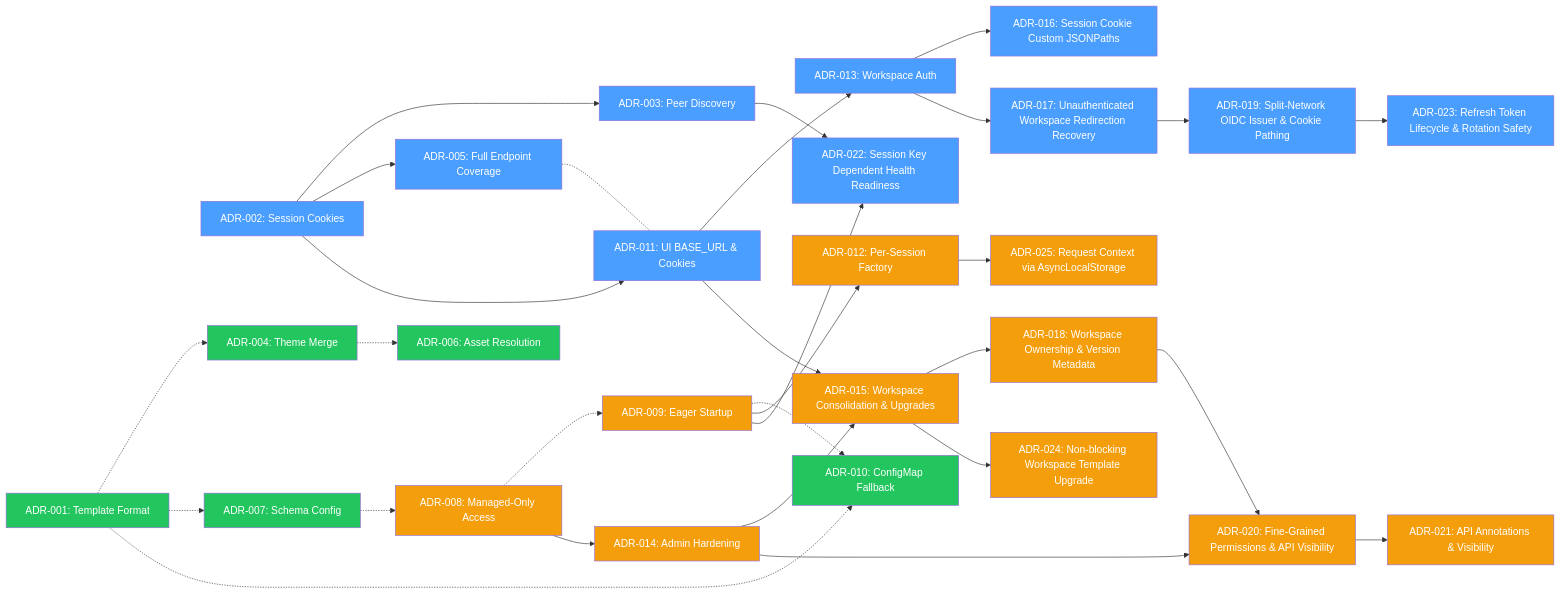
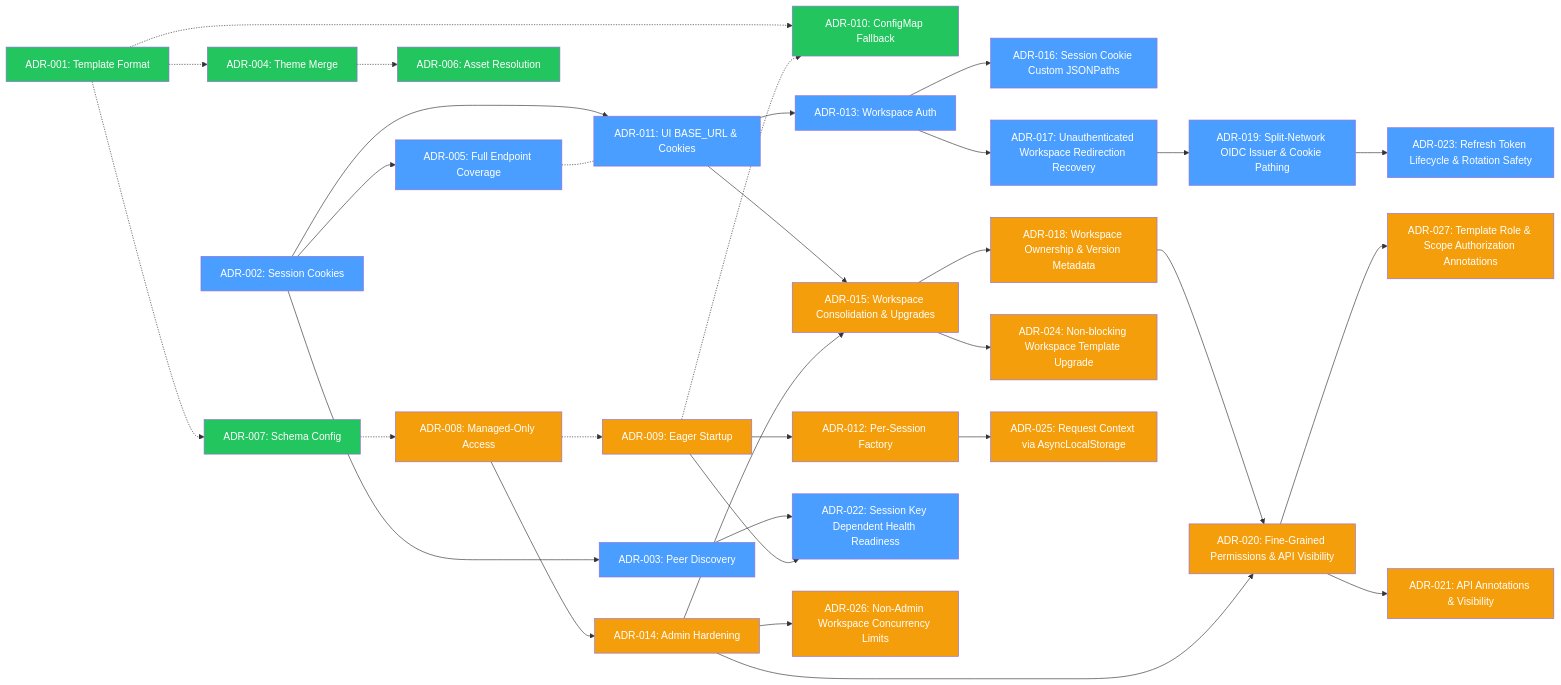
Before and after one commit to nogoo9/no-crd: the diagram in docs/decisions/index.md, drawn with Mermaid. The commit also changed other lines of this file and 38 other files, not shown here.

First line of the commit message:
feat: non-admin workspace limits, template auth annotations, and UI modularization (#42)

````diff
--- a/docs/decisions/index.md
+++ b/docs/decisions/index.md
@@ -50,56 +52,60 @@
 ```mermaid
 graph LR
     ADR002["ADR-002: Session Cookies"] --> ADR003["ADR-003: Peer Discovery"]
     ADR002 --> ADR005["ADR-005: Full Endpoint Coverage"]
     ADR001["ADR-001: Template Format"] -.-> ADR004["ADR-004: Theme Merge"]
     ADR004 -.-> ADR006["ADR-006: Asset Resolution"]
     ADR001 -.-> ADR007["ADR-007: Schema Config"]
     ADR007 -.-> ADR008["ADR-008: Managed-Only Access"]
     ADR008 -.-> ADR009["ADR-009: Eager Startup"]
     ADR001 -.-> ADR010["ADR-010: ConfigMap Fallback"]
     ADR009 -.-> ADR010
     ADR002 --> ADR011["ADR-011: UI BASE_URL & Cookies"]
     ADR005 -.- ADR011
     ADR009 --> ADR012["ADR-012: Per-Session Factory"]
     ADR011 --> ADR013["ADR-013: Workspace Auth"]
     ADR008 --> ADR014["ADR-014: Admin Hardening"]
     ADR011 --> ADR015["ADR-015: Workspace Consolidation & Upgrades"]
     ADR014 --> ADR015
     ADR013 --> ADR016["ADR-016: Session Cookie Custom JSONPaths"]
     ADR013 --> ADR017["ADR-017: Unauthenticated Workspace Redirection Recovery"]
     ADR015 --> ADR018["ADR-018: Workspace Ownership & Version Metadata"]
     ADR017 --> ADR019["ADR-019: Split-Network OIDC Issuer & Cookie Pathing"]
     ADR018 --> ADR020["ADR-020: Fine-Grained Permissions & API Visibility"]
     ADR014 --> ADR020
     ADR020 --> ADR021["ADR-021: API Annotations & Visibility"]
     ADR003 --> ADR022["ADR-022: Session Key Dependent Health Readiness"]
     ADR009 --> ADR022
     ADR019 --> ADR023["ADR-023: Refresh Token Lifecycle & Rotation Safety"]
     ADR015 --> ADR024["ADR-024: Non-blocking Workspace Template Upgrade"]
     ADR012 --> ADR025["ADR-025: Request Context via AsyncLocalStorage"]
+    ADR014 --> ADR026["ADR-026: Non-Admin Workspace Concurrency Limits"]
+    ADR020 --> ADR027["ADR-027: Template Role & Scope Authorization Annotations"]
     style ADR002 fill:#4a9eff,color:#fff
     style ADR003 fill:#4a9eff,color:#fff
     style ADR005 fill:#4a9eff,color:#fff
     style ADR001 fill:#22c55e,color:#fff
     style ADR004 fill:#22c55e,color:#fff
     style ADR006 fill:#22c55e,color:#fff
     style ADR007 fill:#22c55e,color:#fff
     style ADR008 fill:#f59e0b,color:#fff
     style ADR009 fill:#f59e0b,color:#fff
     style ADR010 fill:#22c55e,color:#fff
     style ADR011 fill:#4a9eff,color:#fff
     style ADR012 fill:#f59e0b,color:#fff
     style ADR013 fill:#4a9eff,color:#fff
     style ADR014 fill:#f59e0b,color:#fff
     style ADR015 fill:#f59e0b,color:#fff
     style ADR016 fill:#4a9eff,color:#fff
     style ADR017 fill:#4a9eff,color:#fff
     style ADR018 fill:#f59e0b,color:#fff
     style ADR019 fill:#4a9eff,color:#fff
     style ADR020 fill:#f59e0b,color:#fff
     style ADR021 fill:#f59e0b,color:#fff
     style ADR022 fill:#4a9eff,color:#fff
     style ADR023 fill:#4a9eff,color:#fff
     style ADR024 fill:#f59e0b,color:#fff
     style ADR025 fill:#f59e0b,color:#fff
+    style ADR026 fill:#f59e0b,color:#fff
+    style ADR027 fill:#f59e0b,color:#fff
 ```
````
